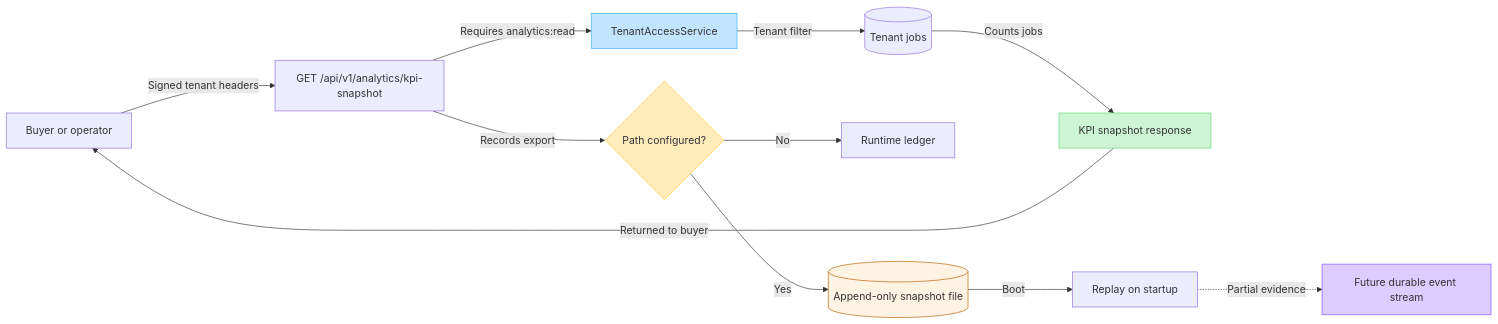
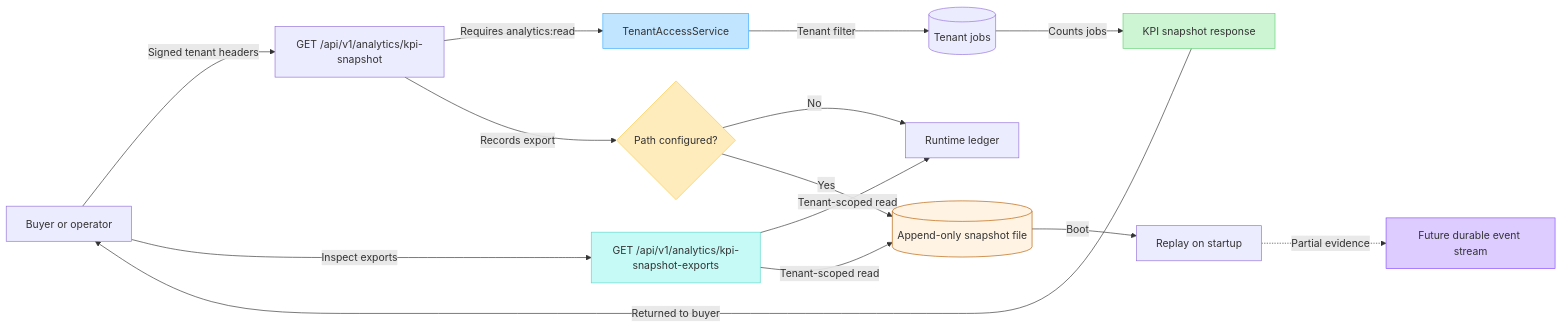
Before and after one commit to ContextualWisdomLab/clearfolio: diagram 11 of 12 in docs/design/2026-07-02-buyer-demo-kpi-figjam-handoff.md, drawn with Mermaid. The commit also changed other lines of this file and 23 other files, not shown here.

Commit message:
feat: expose KPI snapshot export evidence

````diff
--- a/docs/design/2026-07-02-buyer-demo-kpi-figjam-handoff.md
+++ b/docs/design/2026-07-02-buyer-demo-kpi-figjam-handoff.md
@@ -480,30 +486,35 @@
 ```mermaid
 flowchart LR
     buyer["Buyer or operator"]
     api["GET /api/v1/analytics/kpi-snapshot"]
     auth["TenantAccessService"]
     repo[("Tenant jobs")]
     snapshot["KPI snapshot response"]
     config{"Path configured?"}
     memory["Runtime ledger"]
     file[("Append-only snapshot file")]
+    evidence["GET /api/v1/analytics/kpi-snapshot-exports"]
     replay["Replay on startup"]
     future["Future durable event stream"]
 
     buyer -->|"Signed tenant headers"| api
     api -->|"Requires analytics:read"| auth
     auth -->|"Tenant filter"| repo
     repo -->|"Counts jobs"| snapshot
     api -->|"Records export"| config
     config -->|"No"| memory
     config -->|"Yes"| file
+    buyer -->|"Inspect exports"| evidence
+    evidence -->|"Tenant-scoped read"| memory
+    evidence -->|"Tenant-scoped read"| file
     file -->|"Boot"| replay
     replay -.->|"Partial evidence"| future
     snapshot -->|"Returned to buyer"| buyer
 
     style auth fill:#C2E5FF,stroke:#3DADFF
     style config fill:#FFECBD,stroke:#FFC943
     style snapshot fill:#CDF4D3,stroke:#66D575
+    style evidence fill:#C6FAF6,stroke:#5AD8CC
     style file fill:#FFF3E3,stroke:#B95D00
     style future fill:#DCCCFF,stroke:#874FFF
 ```
````
